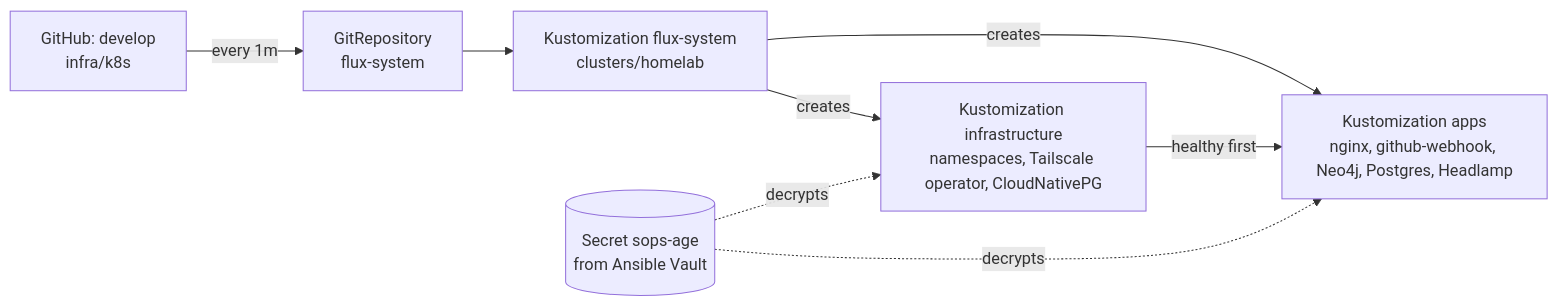
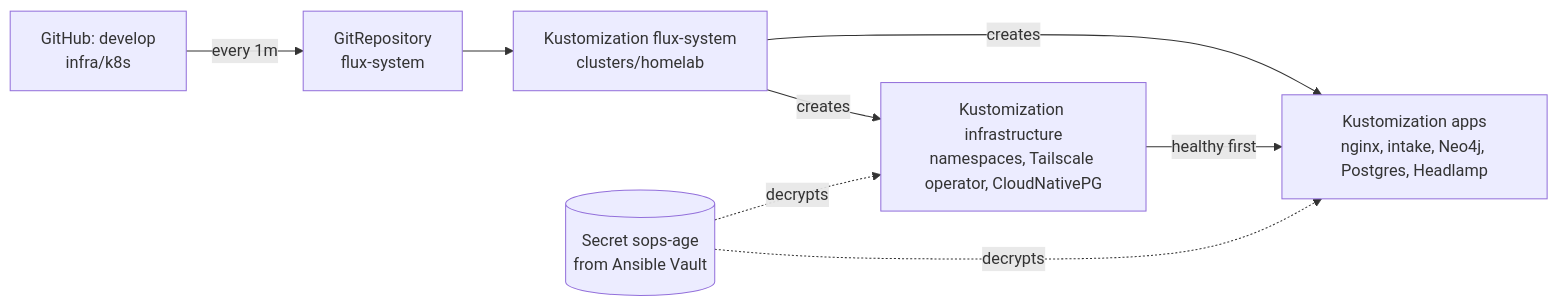
The diagram in infra/docs/flux.md (cbu-capstone-design-27/ember), drawn with Mermaid before and after one commit. The commit also changed other lines of this file and 17 other files, not shown here.

First line of the commit message:
EMBER-62: Run intake on the cluster behind nginx and retire the placeholder

````diff
--- a/infra/docs/flux.md
+++ b/infra/docs/flux.md
@@ -54,10 +54,10 @@
 ```mermaid
 flowchart LR
   gh["GitHub: develop<br/>infra/k8s"] -->|every 1m| src["GitRepository<br/>flux-system"]
   src --> fs["Kustomization flux-system<br/>clusters/homelab"]
   fs -->|creates| infra["Kustomization infrastructure<br/>namespaces, Tailscale operator, CloudNativePG"]
-  fs -->|creates| apps["Kustomization apps<br/>nginx, github-webhook, Neo4j, Postgres, Headlamp"]
+  fs -->|creates| apps["Kustomization apps<br/>nginx, intake, Neo4j, Postgres, Headlamp"]
   infra -->|healthy first| apps
   key[("Secret sops-age<br/>from Ansible Vault")] -.decrypts.-> infra
   key -.decrypts.-> apps
 ```
````
